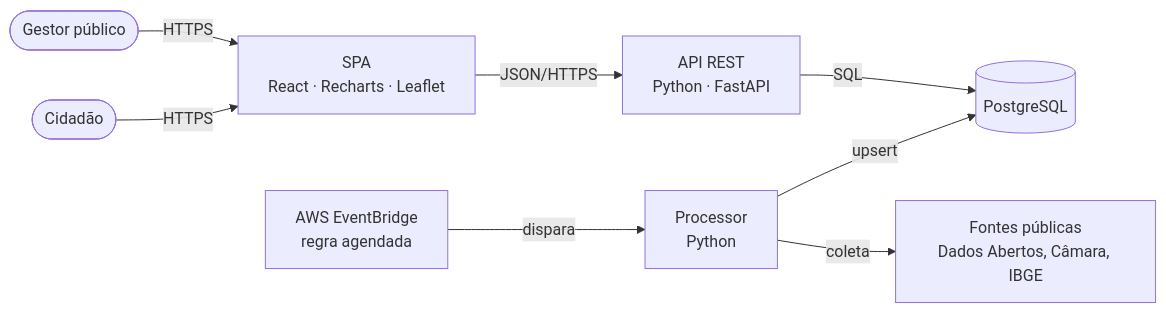
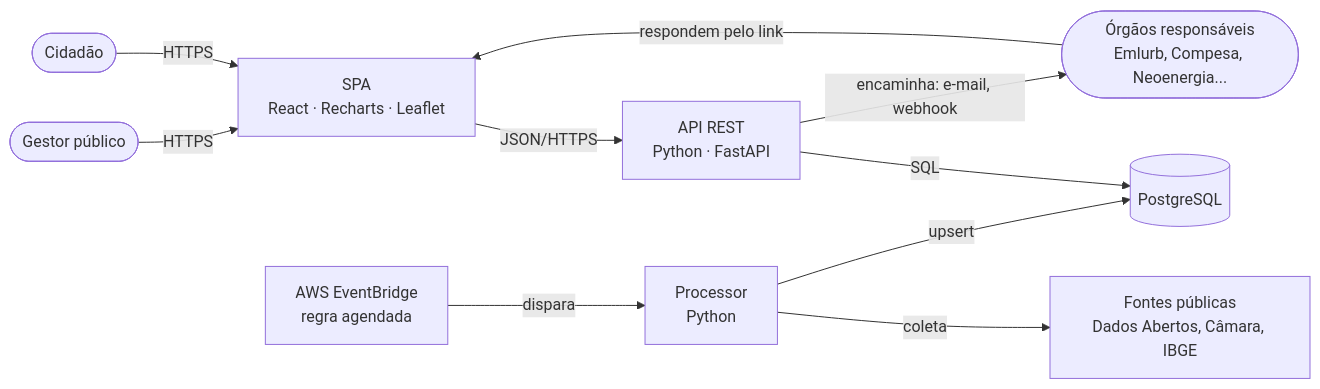
The diagram in README.md (Mateus-Ribeir0/RecifeView), drawn with Mermaid before and after one commit. The commit also changed other lines of this file and 5 other files, not shown here.

````diff
--- a/README.md
+++ b/README.md
@@ -34,10 +35,12 @@
 ```mermaid
 flowchart LR
     gestor([Gestor público]) -->|HTTPS| spa[SPA<br/>React · Recharts · Leaflet]
     cidadao([Cidadão]) -->|HTTPS| spa
     spa -->|JSON/HTTPS| api[API REST<br/>Python · FastAPI]
     api -->|SQL| db[(PostgreSQL)]
+    api -->|encaminha: e-mail, webhook| orgaos([Órgãos responsáveis<br/>Emlurb, Compesa, Neoenergia...])
+    orgaos -->|respondem pelo link| spa
     eb[AWS EventBridge<br/>regra agendada] -->|dispara| proc[Processor<br/>Python]
     proc -->|coleta| fontes[Fontes públicas<br/>Dados Abertos, Câmara, IBGE]
     proc -->|upsert| db
 ```
````
